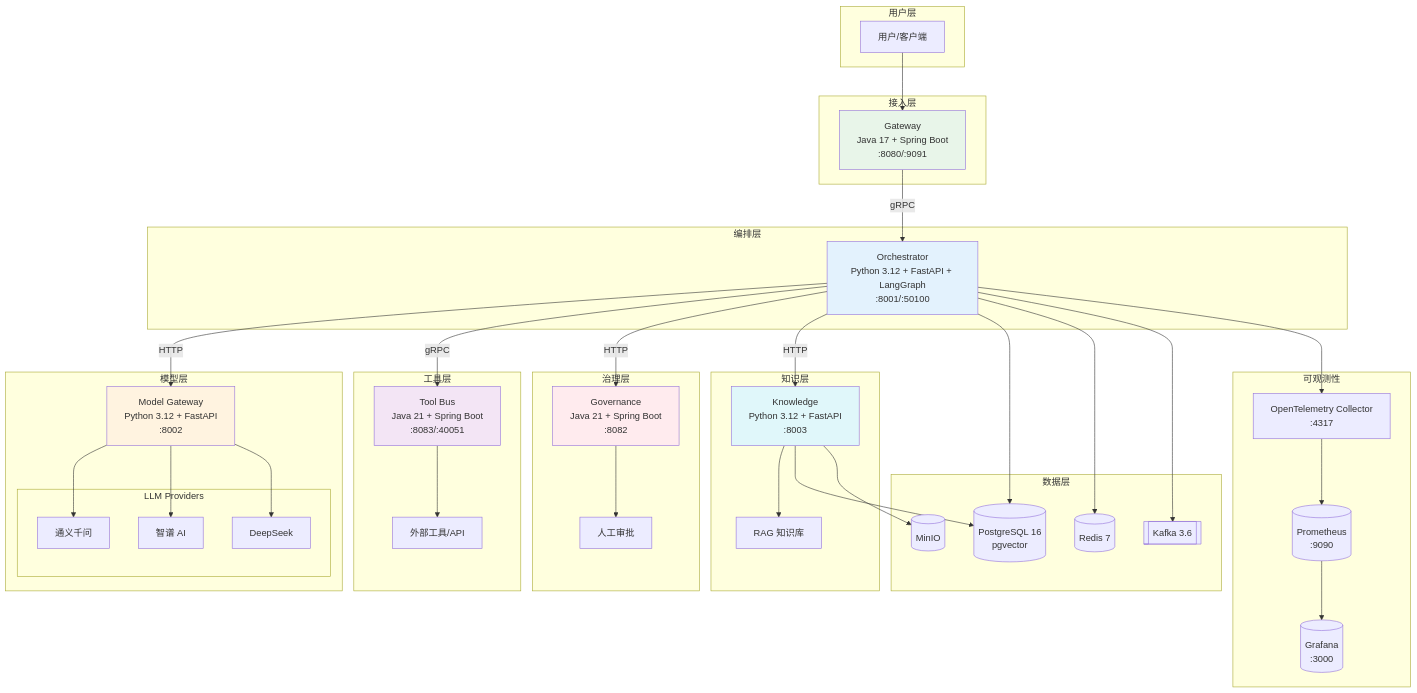
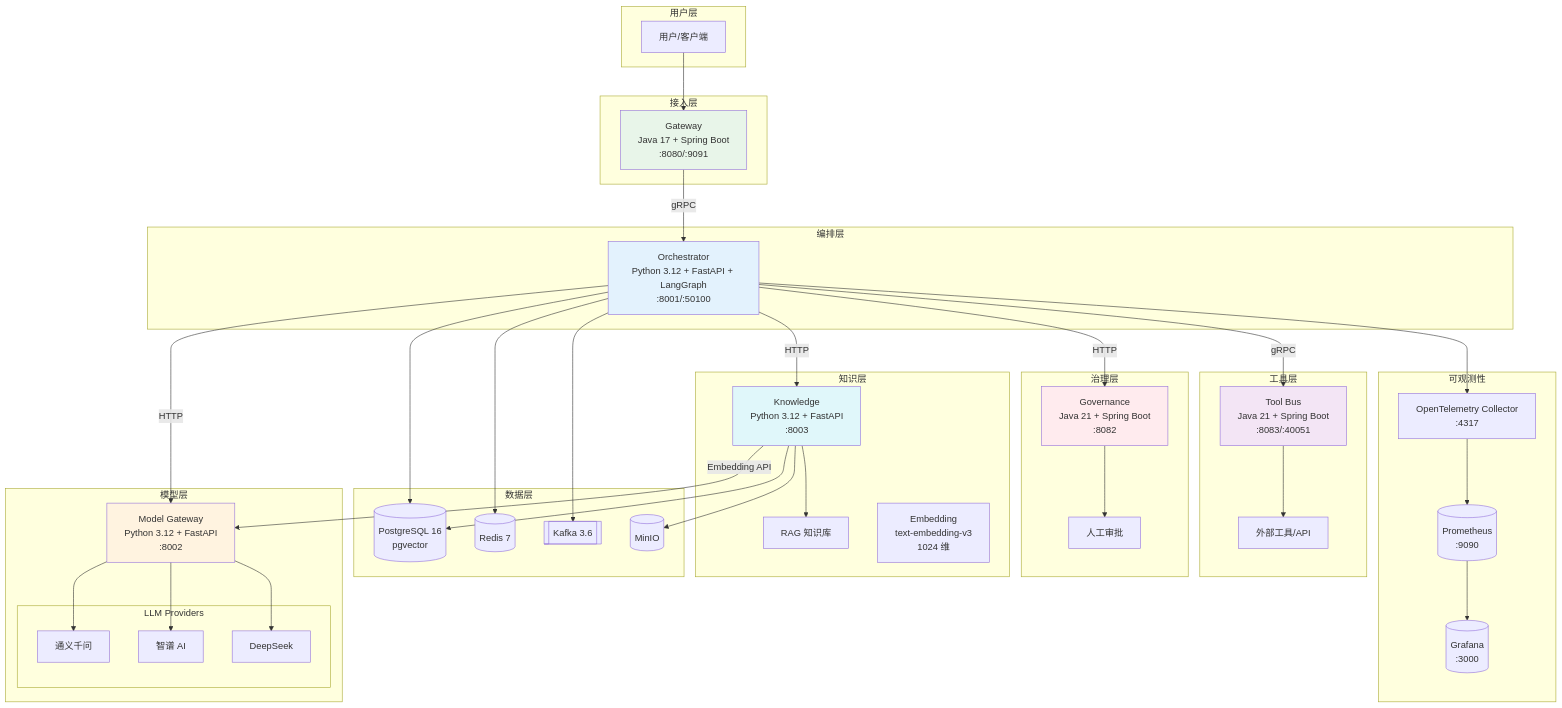
One commit to jonykchen/agent-platform changed the first of 5 diagrams in docs/architecture-overview.md. Above: the diagram before and after it, drawn with Mermaid. The commit also changed other lines of this file and 4 other files, not shown here.

````diff
--- a/docs/architecture-overview.md
+++ b/docs/architecture-overview.md
@@ -7,79 +7,81 @@
 ```mermaid
 graph TB
     subgraph "用户层"
         User[用户/客户端]
     end
 
     subgraph "接入层"
         Gateway[Gateway<br/>Java 17 + Spring Boot<br/>:8080/:9091]
     end
 
     subgraph "编排层"
         Orchestrator[Orchestrator<br/>Python 3.12 + FastAPI + LangGraph<br/>:8001/:50100]
     end
 
     subgraph "模型层"
         ModelGateway[Model Gateway<br/>Python 3.12 + FastAPI<br/>:8002]
         subgraph "LLM Providers"
             Qwen[通义千问]
             Zhipu[智谱 AI]
             Deepseek[DeepSeek]
         end
     end
 
     subgraph "工具层"
         ToolBus[Tool Bus<br/>Java 21 + Spring Boot<br/>:8083/:40051]
         ExternalTools[外部工具/API]
     end
 
     subgraph "治理层"
         Governance[Governance<br/>Java 21 + Spring Boot<br/>:8082]
         Approval[人工审批]
     end
 
     subgraph "知识层"
         Knowledge[Knowledge<br/>Python 3.12 + FastAPI<br/>:8003]
         RAG[RAG 知识库]
+        Embedding[Embedding<br/>text-embedding-v3<br/>1024 维]
     end
 
     subgraph "数据层"
         PostgreSQL[(PostgreSQL 16<br/>pgvector)]
         Redis[(Redis 7)]
         Kafka[[Kafka 3.6]]
         MinIO[(MinIO)]
     end
 
     subgraph "可观测性"
         OTel[OpenTelemetry Collector<br/>:4317]
         Prometheus[(Prometheus<br/>:9090)]
         Grafana[(Grafana<br/>:3000)]
     end
 
     User --> Gateway
     Gateway -->|gRPC| Orchestrator
     Orchestrator -->|HTTP| ModelGateway
     ModelGateway --> Qwen
     ModelGateway --> Zhipu
     ModelGateway --> Deepseek
     Orchestrator -->|gRPC| ToolBus
     ToolBus --> ExternalTools
     Orchestrator -->|HTTP| Governance
     Governance --> Approval
     Orchestrator -->|HTTP| Knowledge
     Knowledge --> RAG
+    Knowledge -->|Embedding API| ModelGateway
     Knowledge --> PostgreSQL
     Orchestrator --> PostgreSQL
     Orchestrator --> Redis
     Orchestrator --> Kafka
     Knowledge --> MinIO
     Orchestrator --> OTel
     OTel --> Prometheus
     Prometheus --> Grafana
 
     style Gateway fill:#E8F5E9
     style Orchestrator fill:#E3F2FD
     style ModelGateway fill:#FFF3E0
     style ToolBus fill:#F3E5F5
     style Governance fill:#FFEBEE
     style Knowledge fill:#E0F7FA
 ```
````
